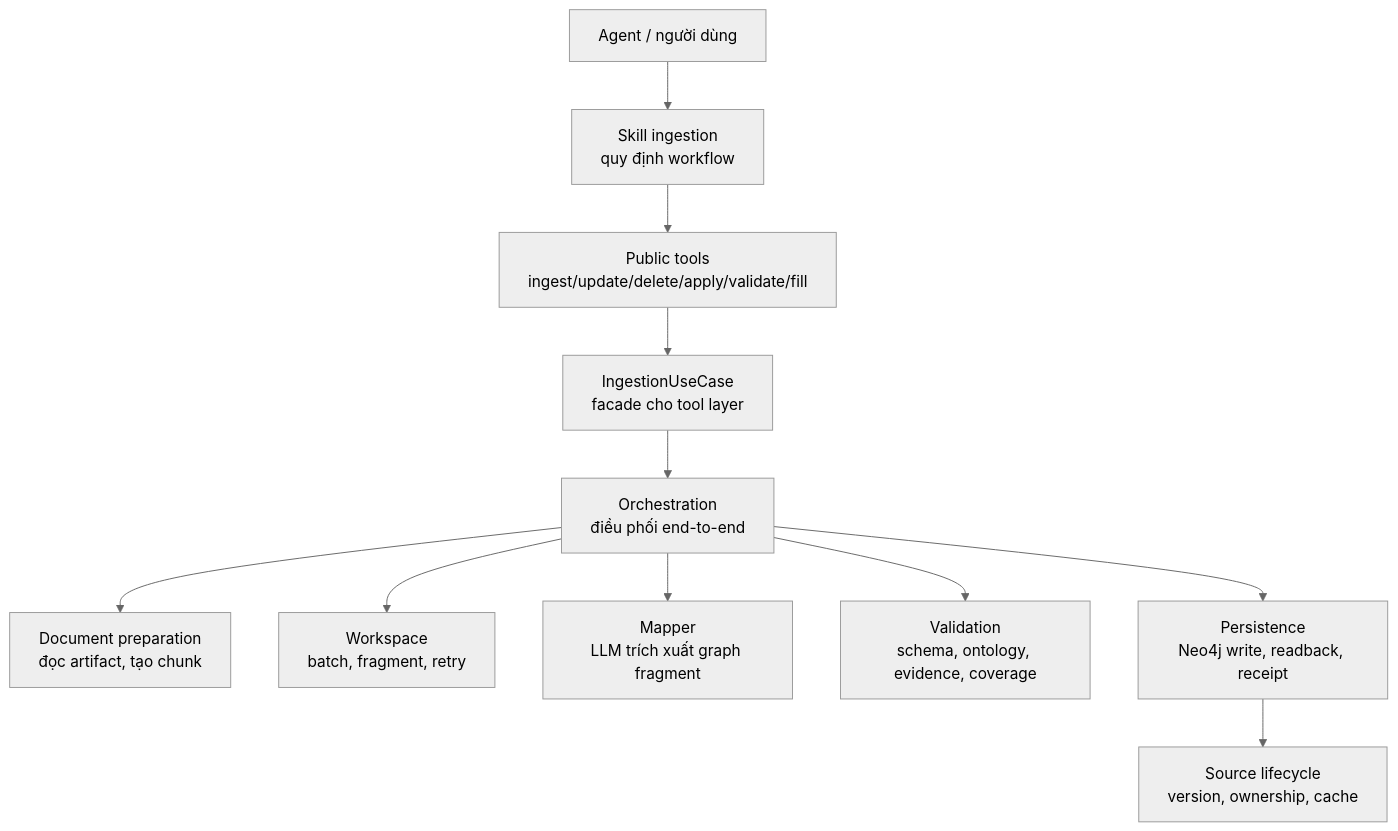
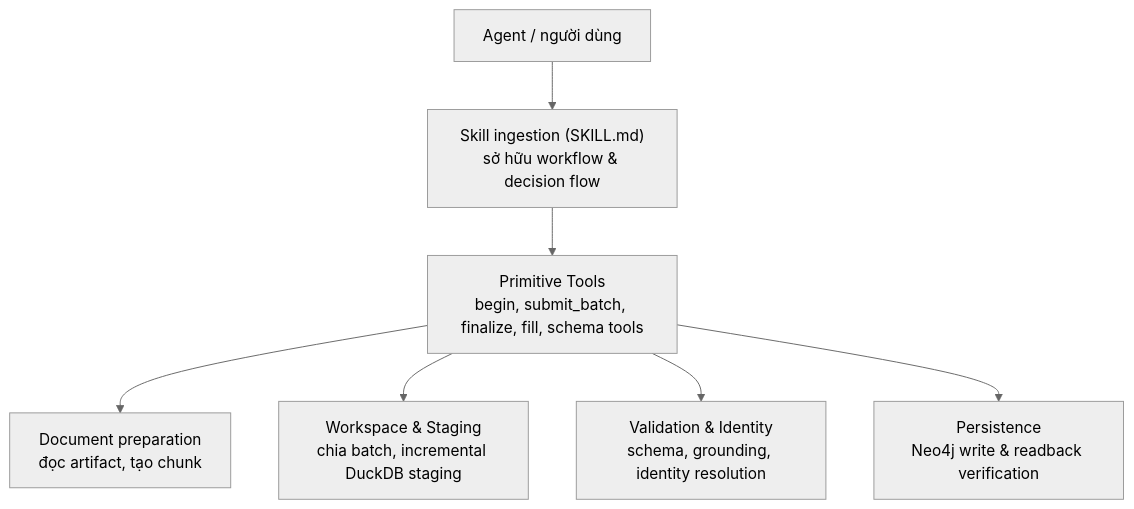
Before and after one commit to datnguyentrung/google-adk-skill-practice: the first of 3 diagrams in docs/ingestion_skill_flow_walkthrough.md, drawn with Mermaid (neutral theme). The commit also changed other lines of this file and 78 other files, not shown here.

Commit message:
feat: introduce document ingestion service with incremental updates and validation pipeline

````diff
--- a/docs/ingestion_skill_flow_walkthrough.md
+++ b/docs/ingestion_skill_flow_walkthrough.md
@@ -16,13 +16,9 @@
 ```mermaid
 flowchart TD
-    A["Agent / người dùng"] --> B["Skill ingestion<br/>quy định workflow"]
-    B --> C["Public tools<br/>ingest/update/delete/apply/validate/fill"]
-    C --> D["IngestionUseCase<br/>facade cho tool layer"]
-    D --> E["Orchestration<br/>điều phối end-to-end"]
-    E --> F["Document preparation<br/>đọc artifact, tạo chunk"]
-    E --> G["Workspace<br/>batch, fragment, retry"]
-    E --> H["Mapper<br/>LLM trích xuất graph fragment"]
-    E --> I["Validation<br/>schema, ontology, evidence, coverage"]
-    E --> J["Persistence<br/>Neo4j write, readback, receipt"]
-    J --> K["Source lifecycle<br/>version, ownership, cache"]
+    A["Agent / người dùng"] --> B["Skill ingestion (SKILL.md)<br/>sở hữu workflow & decision flow"]
+    B --> C["Primitive Tools<br/>begin, submit_batch, finalize, fill, schema tools"]
+    C --> D["Document preparation<br/>đọc artifact, tạo chunk"]
+    C --> E["Workspace & Staging<br/>chia batch, incremental DuckDB staging"]
+    C --> F["Validation & Identity<br/>schema, grounding, identity resolution"]
+    C --> G["Persistence<br/>Neo4j write & readback verification"]
 ```
````
